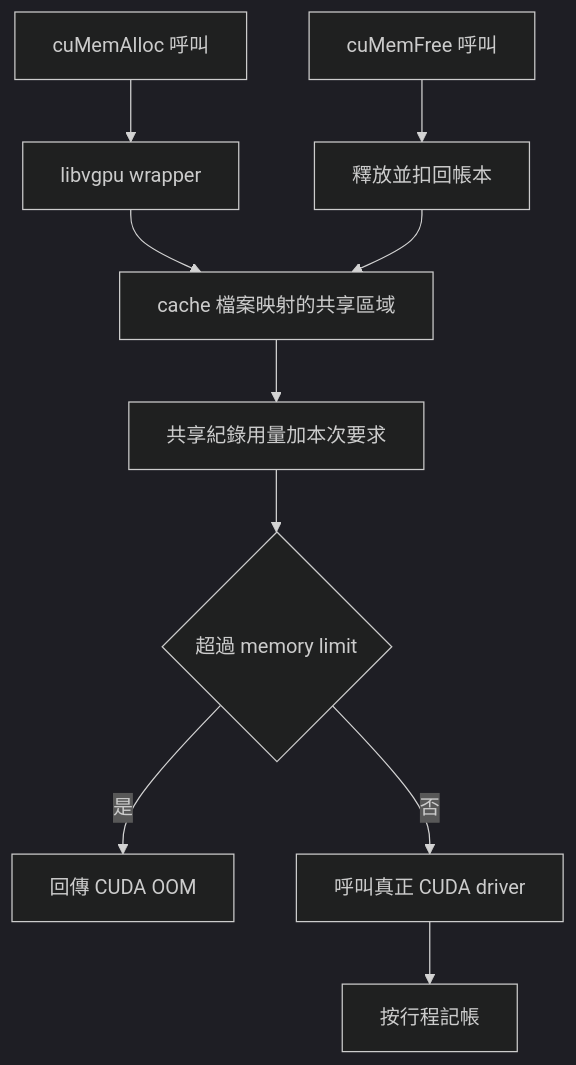
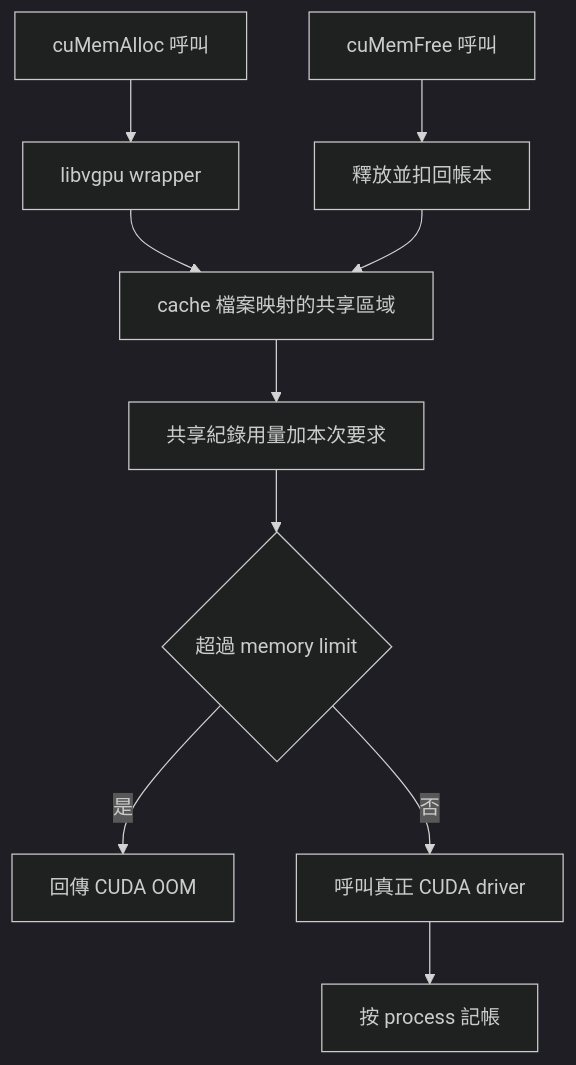
The second of 4 diagrams in book/04-isolation/hami-dra.md (Daniel77871/dra-gpu-sharing-in-practice), drawn with Mermaid (dark theme) before and after one commit. The commit also changed other lines of this file and 80 other files, not shown here.

````diff
--- a/book/04-isolation/hami-dra.md
+++ b/book/04-isolation/hami-dra.md
@@ -42,12 +42,12 @@
 ```mermaid
 flowchart TD
     A["cuMemAlloc 呼叫"] --> H["libvgpu wrapper"]
     H --> R["cache 檔案映射的共享區域"]
     R --> Q["共享紀錄用量加本次要求"]
     Q --> C{"超過 memory limit"}
     C -->|是| O["回傳 CUDA OOM"]
     C -->|否| D["呼叫真正 CUDA driver"]
-    D --> P["按行程記帳"]
+    D --> P["按 process 記帳"]
     F["cuMemFree 呼叫"] --> M["釋放並扣回帳本"]
     M --> R
 ```
````
